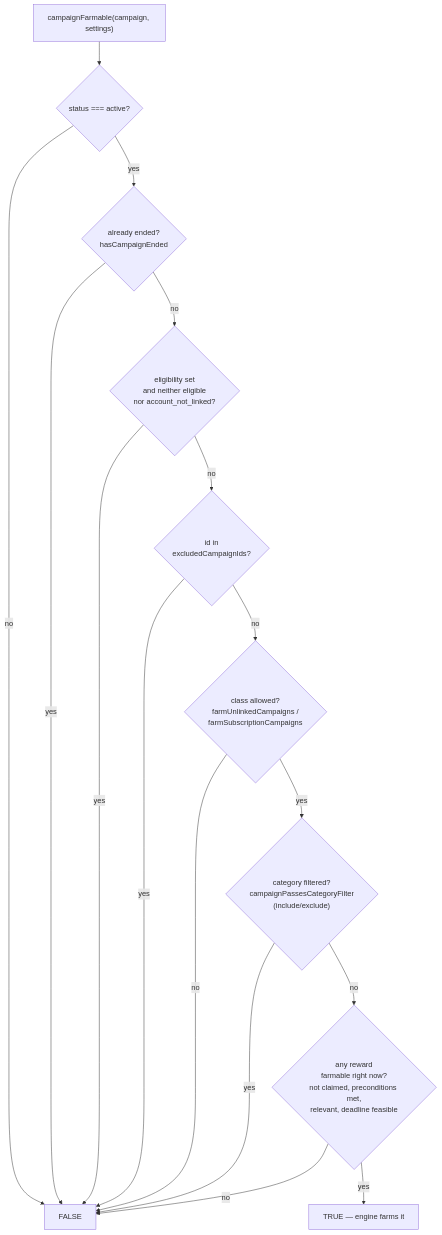
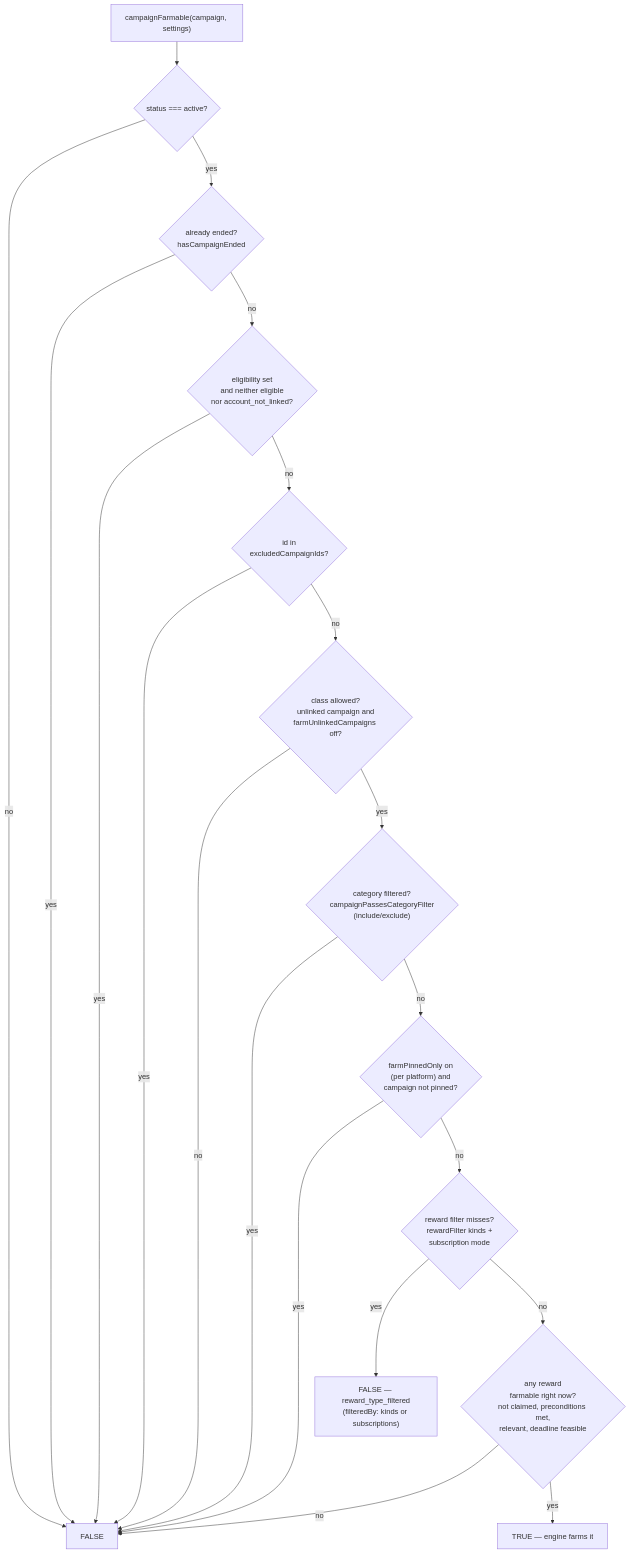
Before and after one commit to jamezrin/lurkloot: the first of 2 diagrams in docs/campaign-farmability-visibility.md, drawn with Mermaid. The commit also changed other lines of this file, not shown here.

Commit message:
docs: describe the reward filter in the farmability gates

````diff
--- a/docs/campaign-farmability-visibility.md
+++ b/docs/campaign-farmability-visibility.md
@@ -18,18 +19,22 @@
 ```mermaid
 flowchart TD
     A["campaignFarmable(campaign, settings)"] --> B{"status === active?"}
     B -- no --> N1["FALSE"]
     B -- yes --> C{"already ended?<br/>hasCampaignEnded"}
     C -- yes --> N1
     C -- no --> D{"eligibility set<br/>and neither eligible<br/>nor account_not_linked?"}
     D -- yes --> N1
     D -- no --> E{"id in<br/>excludedCampaignIds?"}
     E -- yes --> N1
-    E -- no --> F{"class allowed?<br/>farmUnlinkedCampaigns /<br/>farmSubscriptionCampaigns"}
+    E -- no --> F{"class allowed?<br/>unlinked campaign and<br/>farmUnlinkedCampaigns off?"}
     F -- no --> N1
     F -- yes --> G{"category filtered?<br/>campaignPassesCategoryFilter<br/>(include/exclude)"}
     G -- yes --> N1
-    G -- no --> I{"any reward<br/>farmable right now?<br/>not claimed, preconditions met,<br/>relevant, deadline feasible"}
+    G -- no --> P{"farmPinnedOnly on<br/>(per platform) and<br/>campaign not pinned?"}
+    P -- yes --> N1
+    P -- no --> R{"reward filter misses?<br/>rewardFilter kinds +<br/>subscription mode"}
+    R -- yes --> N2["FALSE — reward_type_filtered<br/>(filteredBy: kinds or subscriptions)"]
+    R -- no --> I{"any reward<br/>farmable right now?<br/>not claimed, preconditions met,<br/>relevant, deadline feasible"}
     I -- no --> N1
     I -- yes --> Y1["TRUE — engine farms it"]
 ```
````
